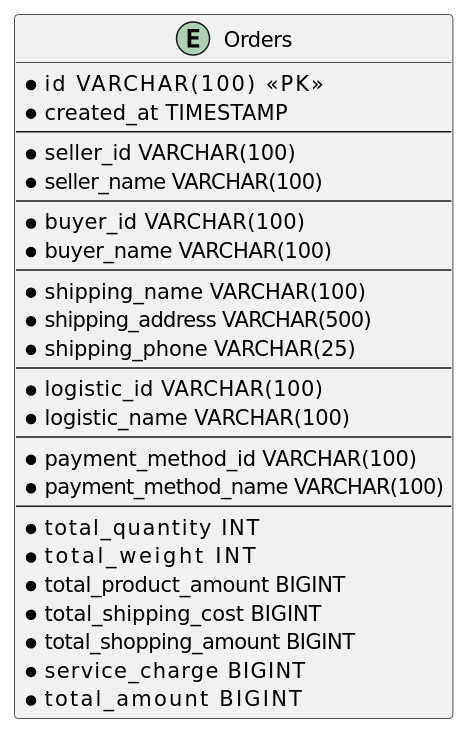
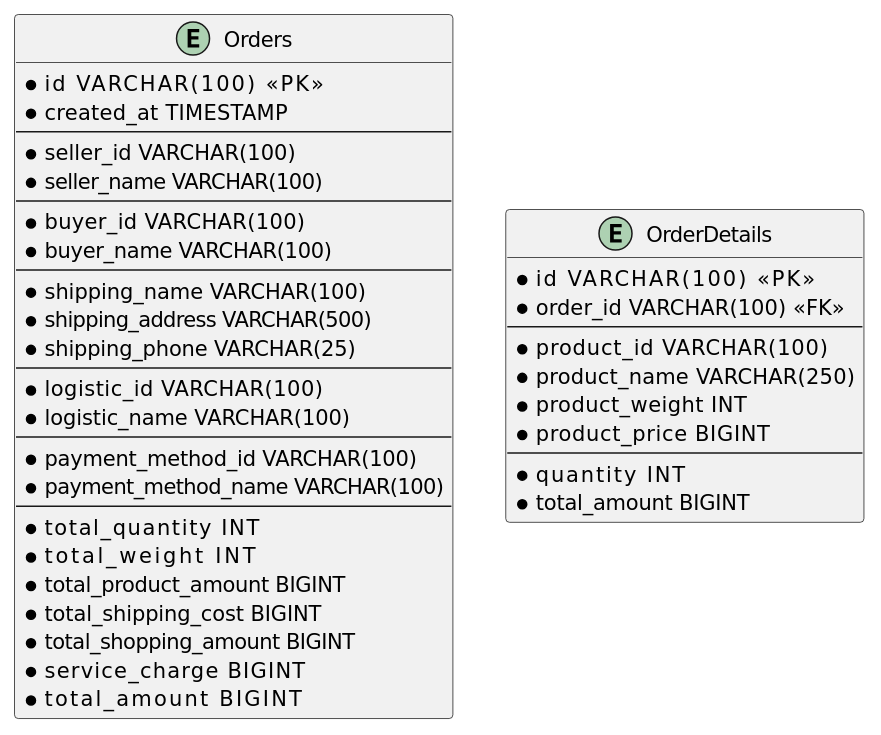
One commit to itujun/learn-database-design-tokopedia-order-history changed the diagram in tokopedia-order-history.puml. Above: the diagram before and after it, drawn with PlantUML.

Commit message:
OrderDetails Entity

```diff
--- a/tokopedia-order-history.puml
+++ b/tokopedia-order-history.puml
@@ -1,32 +1,45 @@
 @startuml tokopedia-order-history
 
 entity Orders{
     * id            VARCHAR(100) <<PK>>
     * created_at    TIMESTAMP
     --
     * seller_id     VARCHAR(100)
     * seller_name   VARCHAR(100)
     --
     * buyer_id      VARCHAR(100)
     * buyer_name    VARCHAR(100)
     --
     * shipping_name     VARCHAR(100)
     * shipping_address  VARCHAR(500)
     * shipping_phone    VARCHAR(25)
     --
     * logistic_id       VARCHAR(100)
     * logistic_name     VARCHAR(100)
     --
     * payment_method_id     VARCHAR(100)
     * payment_method_name   VARCHAR(100)
     --
     * total_quantity        INT
     * total_weight          INT
     * total_product_amount  BIGINT
     * total_shipping_cost   BIGINT
     * total_shopping_amount BIGINT
     * service_charge        BIGINT
     * total_amount          BIGINT
 }
 
+entity OrderDetails {
+    * id            VARCHAR(100) <<PK>>
+    * order_id      VARCHAR(100) <<FK>>
+    --
+    * product_id        VARCHAR(100)
+    * product_name      VARCHAR(250)
+    * product_weight    INT
+    * product_price     BIGINT
+    --
+    * quantity      INT
+    * total_amount  BIGINT
+}
+
 @enduml
```
